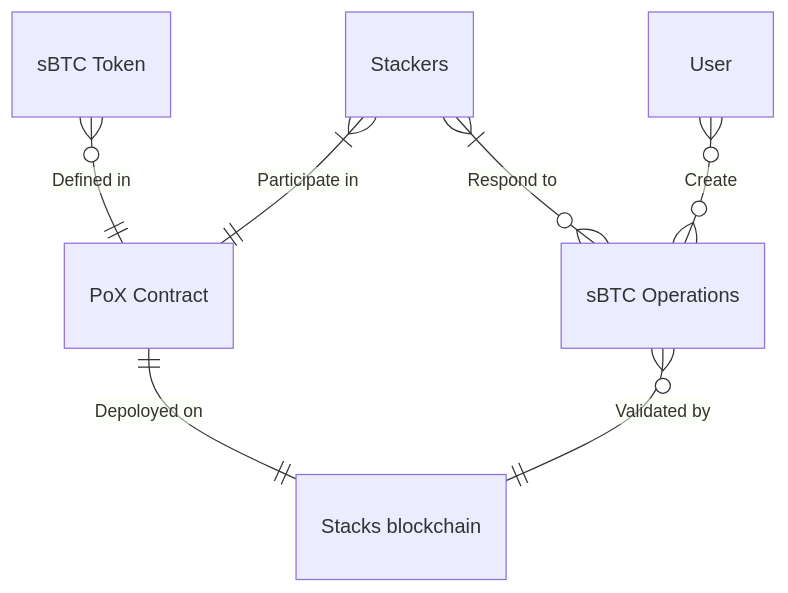
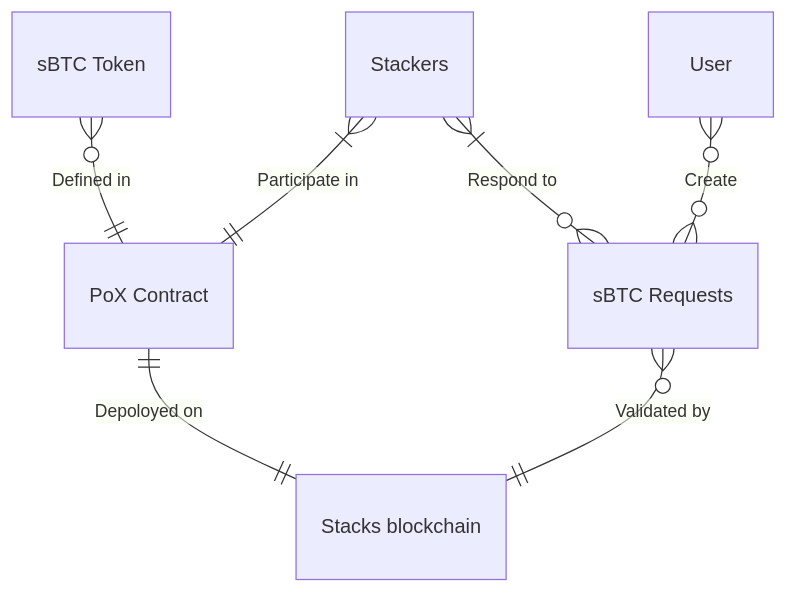
Before and after one commit to stacks-network/sbtc-docs: the diagram in src/architecture.md, drawn with Mermaid. The commit also changed other lines of this file and 2 other files, not shown here.

Commit message:
refactor: Change "sBTC Operations" -> "sBTC Requests and Responses"

````diff
--- a/src/architecture.md
+++ b/src/architecture.md
@@ -18,9 +18,9 @@
 ```mermaid
 erDiagram
     "PoX Contract" ||--|| "Stacks blockchain" : "Depoloyed on"
     "sBTC Token" }o--|| "PoX Contract": "Defined in"
     "Stackers" }|--|| "PoX Contract": "Participate in"
-    "sBTC Operations" }o--|| "Stacks blockchain": "Validated by"
-    "Stackers" }|--o{ "sBTC Operations": "Respond to"
-    "User" }o--o{ "sBTC Operations": "Create"
+    "sBTC Requests" }o--|| "Stacks blockchain": "Validated by"
+    "Stackers" }|--o{ "sBTC Requests": "Respond to"
+    "User" }o--o{ "sBTC Requests": "Create"
 ```
````
